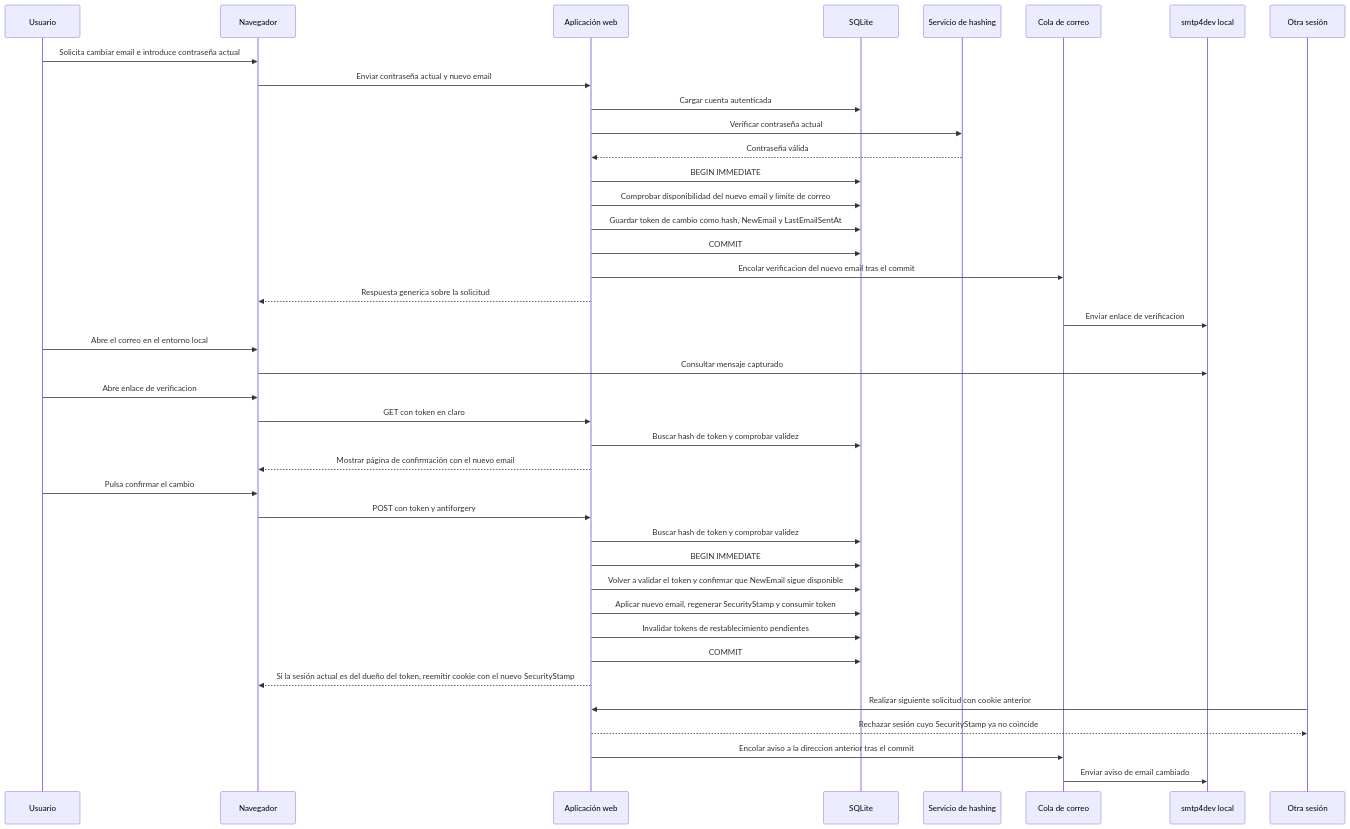
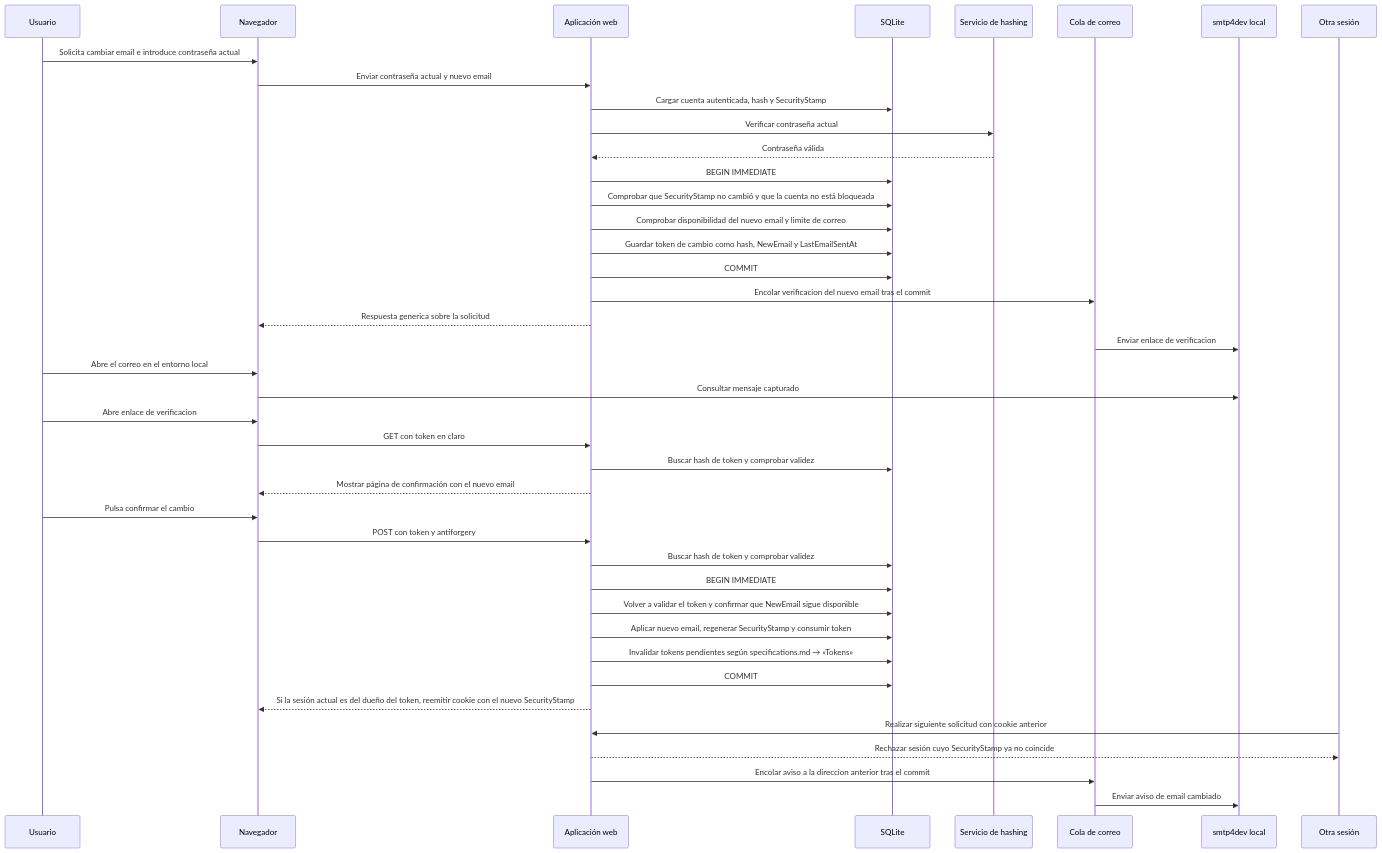
Before and after one commit to DaveSoftDev/Linkubator: the diagram in context/diagrams/account-email-change-sequence.md, drawn with Mermaid. The commit also changed other lines of this file and 29 other files, not shown here.

````diff
--- a/context/diagrams/account-email-change-sequence.md
+++ b/context/diagrams/account-email-change-sequence.md
@@ -5,43 +5,44 @@
 ```mermaid
 sequenceDiagram
     participant User as Usuario
     participant Browser as Navegador
     participant App as Aplicación web
     participant DB as SQLite
     participant Hasher as Servicio de hashing
     participant MailQueue as Cola de correo
     participant SMTP as smtp4dev local
     participant OtherSession as Otra sesión
 
     User->>Browser: Solicita cambiar email e introduce contraseña actual
     Browser->>App: Enviar contraseña actual y nuevo email
-    App->>DB: Cargar cuenta autenticada
+    App->>DB: Cargar cuenta autenticada, hash y SecurityStamp
     App->>Hasher: Verificar contraseña actual
     Hasher-->>App: Contraseña válida
     App->>DB: BEGIN IMMEDIATE
+    App->>DB: Comprobar que SecurityStamp no cambió y que la cuenta no está bloqueada
     App->>DB: Comprobar disponibilidad del nuevo email y limite de correo
     App->>DB: Guardar token de cambio como hash, NewEmail y LastEmailSentAt
     App->>DB: COMMIT
     App->>MailQueue: Encolar verificacion del nuevo email tras el commit
     App-->>Browser: Respuesta generica sobre la solicitud
     MailQueue->>SMTP: Enviar enlace de verificacion
     User->>Browser: Abre el correo en el entorno local
     Browser->>SMTP: Consultar mensaje capturado
     User->>Browser: Abre enlace de verificacion
     Browser->>App: GET con token en claro
     App->>DB: Buscar hash de token y comprobar validez
     App-->>Browser: Mostrar página de confirmación con el nuevo email
     User->>Browser: Pulsa confirmar el cambio
     Browser->>App: POST con token y antiforgery
     App->>DB: Buscar hash de token y comprobar validez
     App->>DB: BEGIN IMMEDIATE
     App->>DB: Volver a validar el token y confirmar que NewEmail sigue disponible
     App->>DB: Aplicar nuevo email, regenerar SecurityStamp y consumir token
-    App->>DB: Invalidar tokens de restablecimiento pendientes
+    App->>DB: Invalidar tokens pendientes según specifications.md → «Tokens»
     App->>DB: COMMIT
     App-->>Browser: Si la sesión actual es del dueño del token, reemitir cookie con el nuevo SecurityStamp
     OtherSession->>App: Realizar siguiente solicitud con cookie anterior
     App-->>OtherSession: Rechazar sesión cuyo SecurityStamp ya no coincide
     App->>MailQueue: Encolar aviso a la direccion anterior tras el commit
     MailQueue->>SMTP: Enviar aviso de email cambiado
 ```
````
